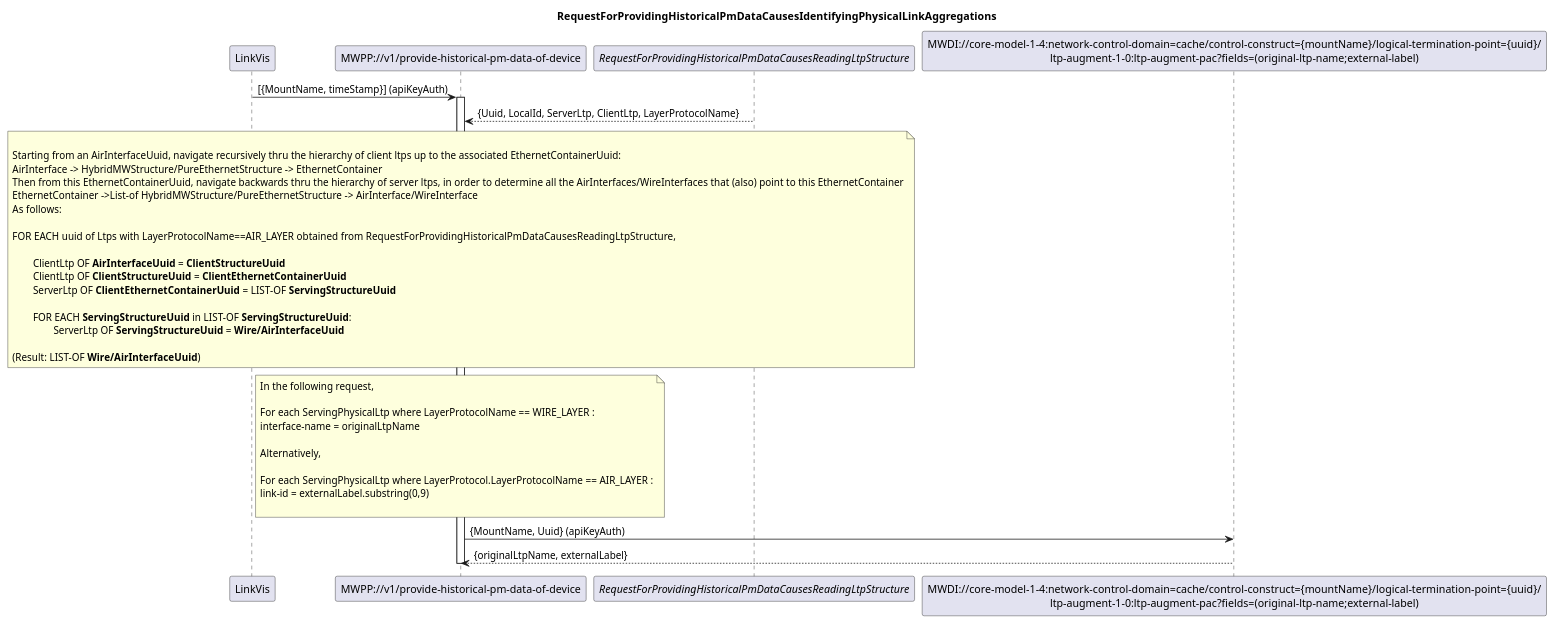
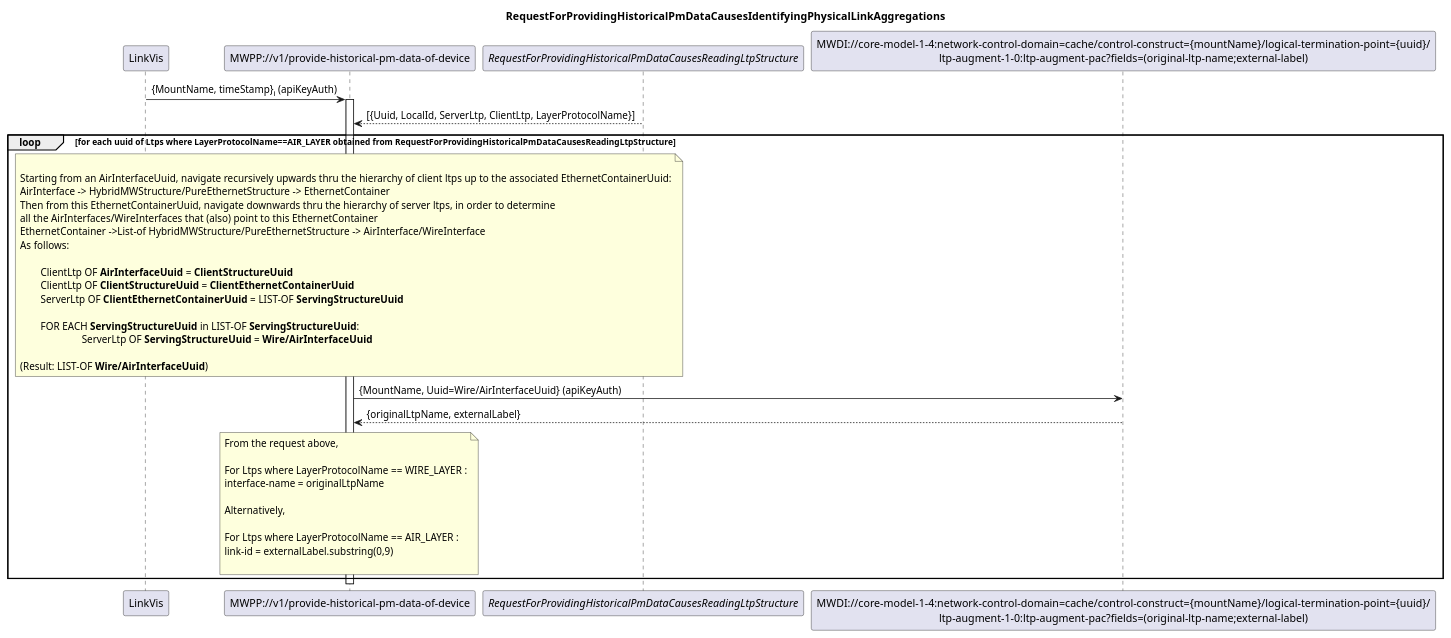
The diagram in spec/diagrams/002_IdentifyingPhysicalLinkAggregations.plantuml (openBackhaul/MicroWavePerformanceProxy), drawn with PlantUML before and after one commit. The commit also changed 18 other files, not shown here.

Commit message:
Improve diagrams and regenerate .pngs

```diff
--- a/spec/diagrams/002_IdentifyingPhysicalLinkAggregations.plantuml
+++ b/spec/diagrams/002_IdentifyingPhysicalLinkAggregations.plantuml
@@ -1,57 +1,58 @@
 @startuml 002_IdentifyingPhysicalLinkAggregations
 skinparam responseMessageBelowArrow true
 
 title
 RequestForProvidingHistoricalPmDataCausesIdentifyingPhysicalLinkAggregations
 end title
 
 participant "LinkVis" as LinkVis
 participant "MWPP://v1/provide-historical-pm-data-of-device" as MWPP
 participant "<i>RequestForProvidingHistoricalPmDataCausesReadingLtpStructure</i>" as LTPs
 participant "MWDI://core-model-1-4:network-control-domain=cache/control-construct={mountName}/logical-termination-point={uuid}/\nltp-augment-1-0:ltp-augment-pac?fields=(original-ltp-name;external-label)" as LtpDesignation
 
-LinkVis -> MWPP: [{MountName, timeStamp}] (apiKeyAuth)
+LinkVis -> MWPP: {MountName, timeStamp}<sub>i</sub> (apiKeyAuth)
 activate MWPP
 
-LTPs --> MWPP: {Uuid, LocalId, ServerLtp, ClientLtp, LayerProtocolName}
+LTPs --> MWPP: [{Uuid, LocalId, ServerLtp, ClientLtp, LayerProtocolName}]
 
-note over MWPP
+loop for each uuid of Ltps where LayerProtocolName==AIR_LAYER obtained from RequestForProvidingHistoricalPmDataCausesReadingLtpStructure
 
-Starting from an AirInterfaceUuid, navigate recursively thru the hierarchy of client ltps up to the associated EthernetContainerUuid:
-AirInterface -> HybridMWStructure/PureEthernetStructure -> EthernetContainer
-Then from this EthernetContainerUuid, navigate backwards thru the hierarchy of server ltps, in order to determine all the AirInterfaces/WireInterfaces that (also) point to this EthernetContainer
-EthernetContainer ->List-of HybridMWStructure/PureEthernetStructure -> AirInterface/WireInterface
-As follows:
+	note over MWPP
 
-FOR EACH uuid of Ltps with LayerProtocolName==AIR_LAYER obtained from RequestForProvidingHistoricalPmDataCausesReadingLtpStructure,
+	Starting from an AirInterfaceUuid, navigate recursively upwards thru the hierarchy of client ltps up to the associated EthernetContainerUuid:
+	AirInterface -> HybridMWStructure/PureEthernetStructure -> EthernetContainer
+	Then from this EthernetContainerUuid, navigate downwards thru the hierarchy of server ltps, in order to determine 
+	all the AirInterfaces/WireInterfaces that (also) point to this EthernetContainer
+	EthernetContainer ->List-of HybridMWStructure/PureEthernetStructure -> AirInterface/WireInterface
+	As follows:
 
-	ClientLtp OF **AirInterfaceUuid** = **ClientStructureUuid** 
-	ClientLtp OF **ClientStructureUuid** = **ClientEthernetContainerUuid**
-	ServerLtp OF **ClientEthernetContainerUuid** = LIST-OF **ServingStructureUuid**	
+		ClientLtp OF **AirInterfaceUuid** = **ClientStructureUuid** 
+		ClientLtp OF **ClientStructureUuid** = **ClientEthernetContainerUuid**
+		ServerLtp OF **ClientEthernetContainerUuid** = LIST-OF **ServingStructureUuid**	
 
-	FOR EACH **ServingStructureUuid** in LIST-OF **ServingStructureUuid**:	
-    		ServerLtp OF **ServingStructureUuid** = **Wire/AirInterfaceUuid**
+		FOR EACH **ServingStructureUuid** in LIST-OF **ServingStructureUuid**:	
+				ServerLtp OF **ServingStructureUuid** = **Wire/AirInterfaceUuid**
 
-(Result: LIST-OF **Wire/AirInterfaceUuid**)
-end note
+	(Result: LIST-OF **Wire/AirInterfaceUuid**)
+	end note
 
-note over MWPP
-In the following request,
+	MWPP -> LtpDesignation: {MountName, Uuid=Wire/AirInterfaceUuid} (apiKeyAuth)
+	LtpDesignation --> MWPP: {originalLtpName, externalLabel}
 
-For each ServingPhysicalLtp where LayerProtocolName == WIRE_LAYER :
-interface-name = originalLtpName 
+	note over MWPP
+	From the request above,
 
-Alternatively,
+	For Ltps where LayerProtocolName == WIRE_LAYER :
+	interface-name = originalLtpName 
 
-For each ServingPhysicalLtp where LayerProtocol.LayerProtocolName == AIR_LAYER :
-link-id = externalLabel.substring(0,9)
+	Alternatively,
 
-end note
+	For Ltps where LayerProtocolName == AIR_LAYER :
+	link-id = externalLabel.substring(0,9)
 
+	end note
 
-MWPP -> LtpDesignation: {MountName, Uuid} (apiKeyAuth)
-LtpDesignation --> MWPP: {originalLtpName, externalLabel}
-
+end
 deactivate MWPP
 
 @enduml
```
